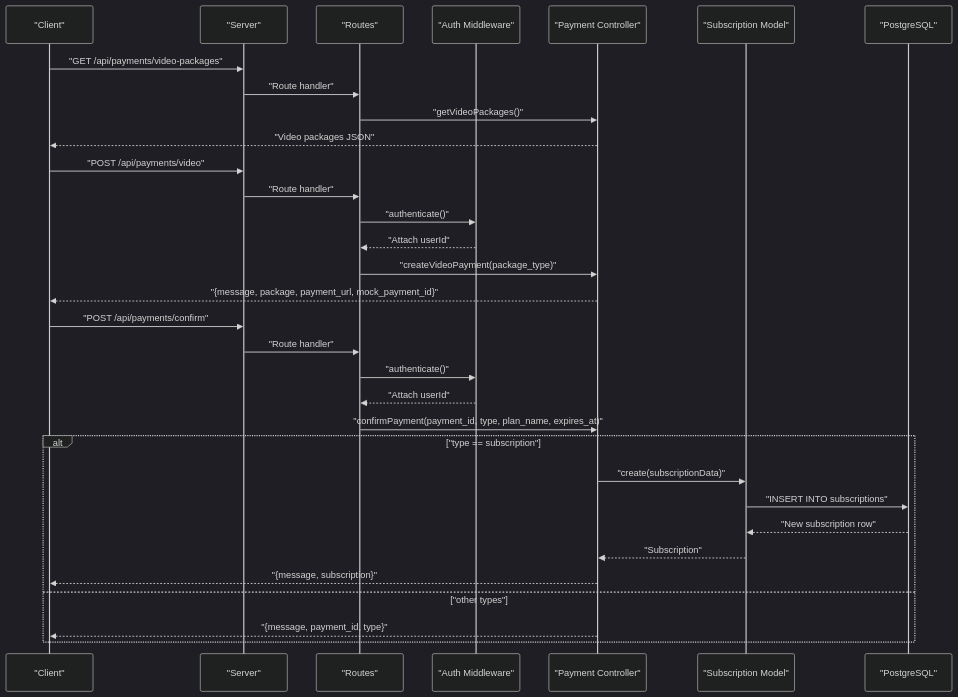
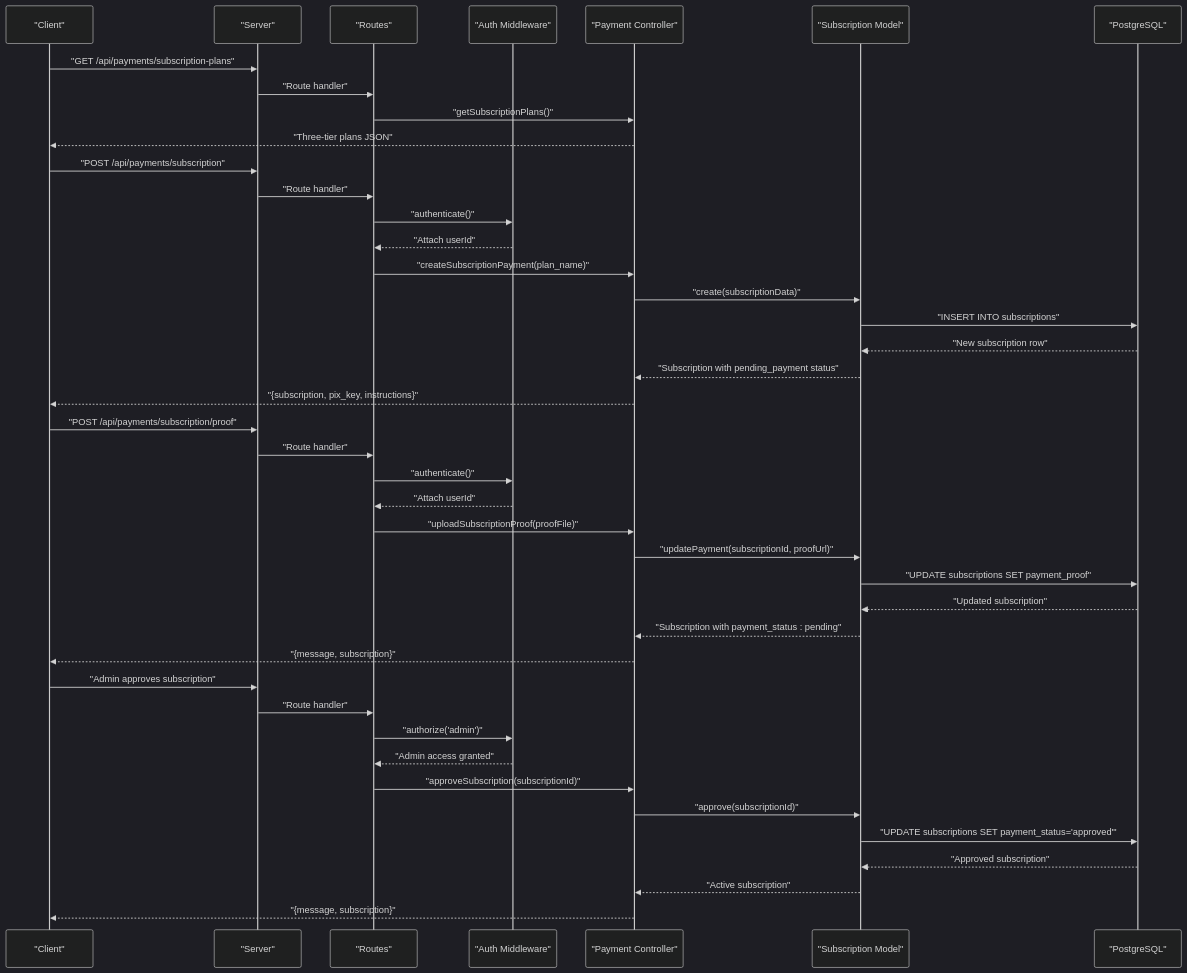
The second of 5 diagrams in .qoder/repowiki/en/content/Backend API Documentation/Payment Processing.md (Alexandrexicara/craque-vision), drawn with Mermaid (dark theme) before and after one commit. The commit also changed other lines of this file and 10 other files, not shown here.

````diff
--- a/.qoder/repowiki/en/content/Backend API Documentation/Payment Processing.md
+++ b/.qoder/repowiki/en/content/Backend API Documentation/Payment Processing.md
@@ -80,34 +100,44 @@
 ```mermaid
 sequenceDiagram
 participant C as "Client"
 participant S as "Server"
 participant R as "Routes"
 participant M as "Auth Middleware"
 participant CTRL as "Payment Controller"
 participant SM as "Subscription Model"
 participant DB as "PostgreSQL"
-C->>S : "GET /api/payments/video-packages"
+C->>S : "GET /api/payments/subscription-plans"
 S->>R : "Route handler"
-R->>CTRL : "getVideoPackages()"
-CTRL-->>C : "Video packages JSON"
-C->>S : "POST /api/payments/video"
+R->>CTRL : "getSubscriptionPlans()"
+CTRL-->>C : "Three-tier plans JSON"
+C->>S : "POST /api/payments/subscription"
 S->>R : "Route handler"
 R->>M : "authenticate()"
 M-->>R : "Attach userId"
-R->>CTRL : "createVideoPayment(package_type)"
-CTRL-->>C : "{message, package, payment_url, mock_payment_id}"
-C->>S : "POST /api/payments/confirm"
+R->>CTRL : "createSubscriptionPayment(plan_name)"
+CTRL->>SM : "create(subscriptionData)"
+SM->>DB : "INSERT INTO subscriptions"
+DB-->>SM : "New subscription row"
+SM-->>CTRL : "Subscription with pending_payment status"
+CTRL-->>C : "{subscription, pix_key, instructions}"
+C->>S : "POST /api/payments/subscription/proof"
 S->>R : "Route handler"
 R->>M : "authenticate()"
 M-->>R : "Attach userId"
-R->>CTRL : "confirmPayment(payment_id, type, plan_name, expires_at)"
-alt "type == subscription"
-CTRL->>SM : "create(subscriptionData)"
-SM->>DB : "INSERT INTO subscriptions"
-DB-->>SM : "New subscription row"
-SM-->>CTRL : "Subscription"
+R->>CTRL : "uploadSubscriptionProof(proofFile)"
+CTRL->>SM : "updatePayment(subscriptionId, proofUrl)"
+SM->>DB : "UPDATE subscriptions SET payment_proof"
+DB-->>SM : "Updated subscription"
+SM-->>CTRL : "Subscription with payment_status : pending"
 CTRL-->>C : "{message, subscription}"
-else "other types"
-CTRL-->>C : "{message, payment_id, type}"
-end
+C->>S : "Admin approves subscription"
+S->>R : "Route handler"
+R->>M : "authorize('admin')"
+M-->>R : "Admin access granted"
+R->>CTRL : "approveSubscription(subscriptionId)"
+CTRL->>SM : "approve(subscriptionId)"
+SM->>DB : "UPDATE subscriptions SET payment_status='approved'"
+DB-->>SM : "Approved subscription"
+SM-->>CTRL : "Active subscription"
+CTRL-->>C : "{message, subscription}"
 ```
````
